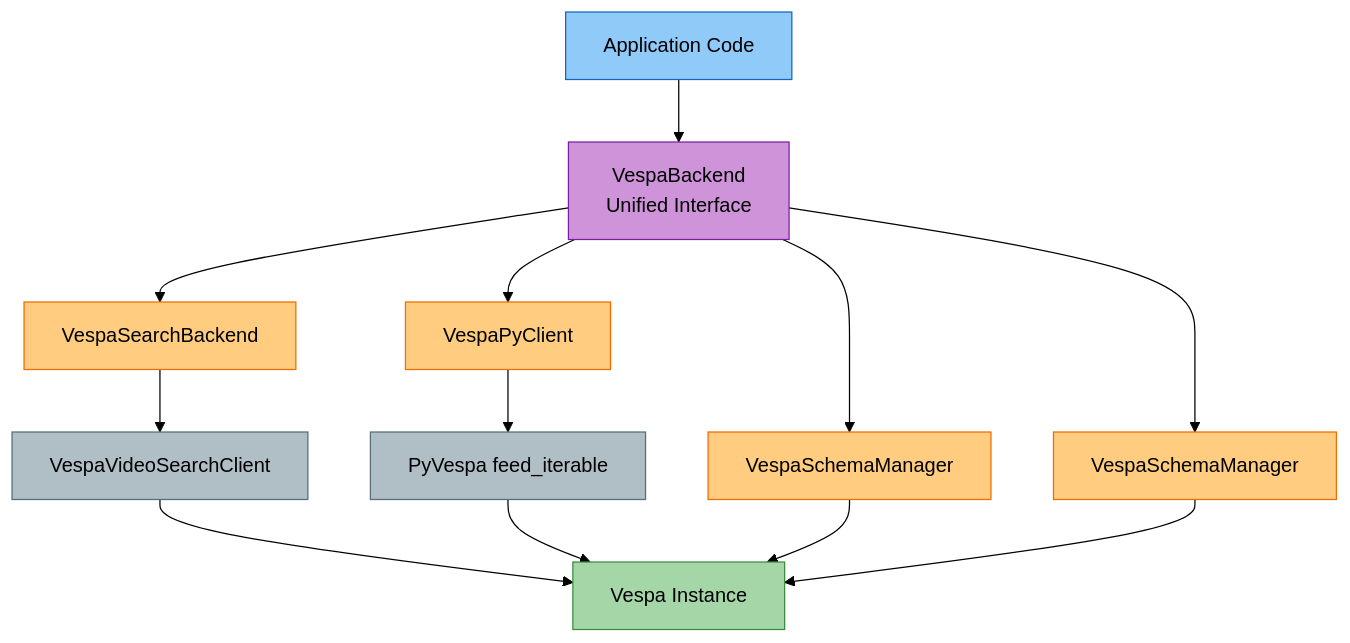
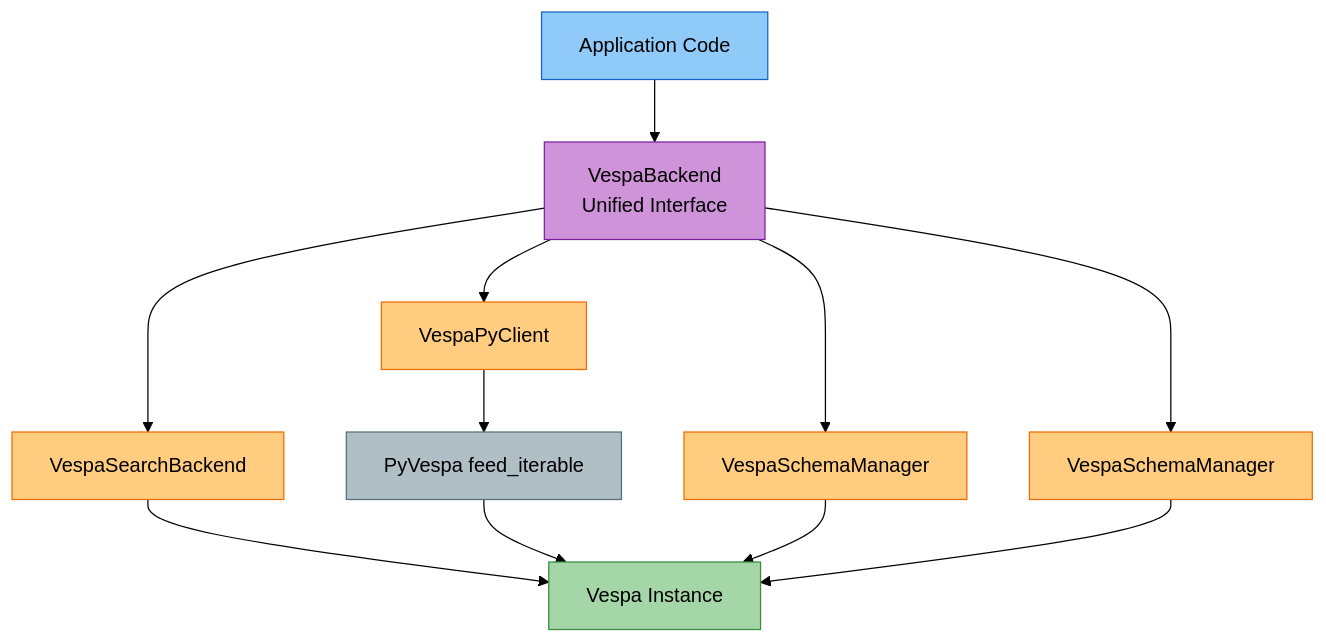
One commit to amit-jain/cogniverse changed the fourth of 9 diagrams in docs/modules/backends.md. Above: the diagram before and after it, drawn with Mermaid (forest theme). The commit also changed other lines of this file and 17 other files, not shown here.

Commit message:
Remove VespaVideoSearchClient; ranking test uses VespaSearchBackend

````diff
--- a/docs/modules/backends.md
+++ b/docs/modules/backends.md
@@ -550,29 +548,27 @@
 ```mermaid
 flowchart TB
     App["<span style='color:#000'>Application Code</span>"] --> VespaBackend["<span style='color:#000'>VespaBackend<br/>Unified Interface</span>"]
 
     VespaBackend --> SearchBackend["<span style='color:#000'>VespaSearchBackend</span>"]
     VespaBackend --> IngestionClient["<span style='color:#000'>VespaPyClient</span>"]
 
     VespaBackend --> SchemaManager["<span style='color:#000'>VespaSchemaManager</span>"]
     VespaBackend --> TenantManager["<span style='color:#000'>VespaSchemaManager</span>"]
 
-    SearchBackend --> VespaVideoSearchClient["<span style='color:#000'>VespaVideoSearchClient</span>"]
-    VespaVideoSearchClient --> VespaInst["<span style='color:#000'>Vespa Instance</span>"]
+    SearchBackend --> VespaInst["<span style='color:#000'>Vespa Instance</span>"]
 
     IngestionClient --> PyVespa["<span style='color:#000'>PyVespa feed_iterable</span>"]
     PyVespa --> VespaInst
 
     SchemaManager --> VespaInst
     TenantManager --> VespaInst
 
     style App fill:#90caf9,stroke:#1565c0,color:#000
     style VespaBackend fill:#ce93d8,stroke:#7b1fa2,color:#000
     style SearchBackend fill:#ffcc80,stroke:#ef6c00,color:#000
     style IngestionClient fill:#ffcc80,stroke:#ef6c00,color:#000
     style SchemaManager fill:#ffcc80,stroke:#ef6c00,color:#000
     style TenantManager fill:#ffcc80,stroke:#ef6c00,color:#000
-    style VespaVideoSearchClient fill:#b0bec5,stroke:#546e7a,color:#000
     style VespaInst fill:#a5d6a7,stroke:#388e3c,color:#000
     style PyVespa fill:#b0bec5,stroke:#546e7a,color:#000
 ```
````
